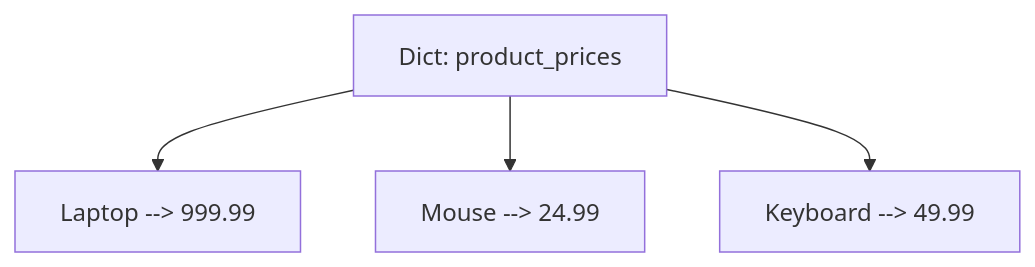
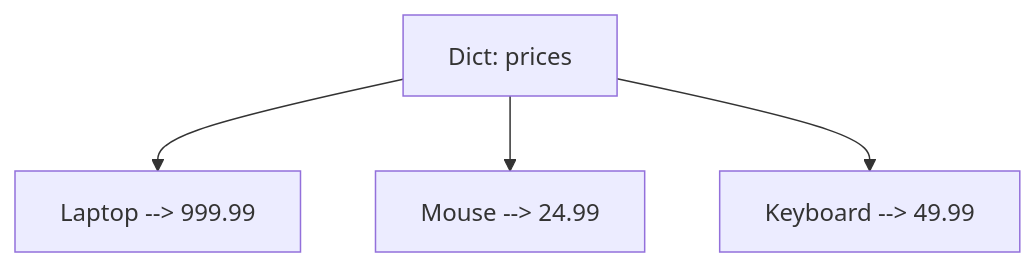
One commit to wahidyankf/oss changed the third of 5 diagrams in apps-standalone/ayokoding-web/content/en/learn/software-engineering/onboardings/hijra-data-engineering/ch01-python-core-language-essentials/_index.md. Above: the diagram before and after it, drawn with Mermaid. The commit also changed other lines of this file, not shown here.

````diff
--- a/apps-standalone/ayokoding-web/content/en/learn/software-engineering/onboardings/hijra-data-engineering/ch01-python-core-language-essentials/_index.md
+++ b/apps-standalone/ayokoding-web/content/en/learn/software-engineering/onboardings/hijra-data-engineering/ch01-python-core-language-essentials/_index.md
@@ -388,6 +587,6 @@
 ```mermaid
 graph TD
-    A[Dict: product_prices] --> B["Laptop" --> 999.99]
+    A[Dict: prices] --> B["Laptop" --> 999.99]
     A --> C["Mouse" --> 24.99]
     A --> D["Keyboard" --> 49.99]
 ```
````
